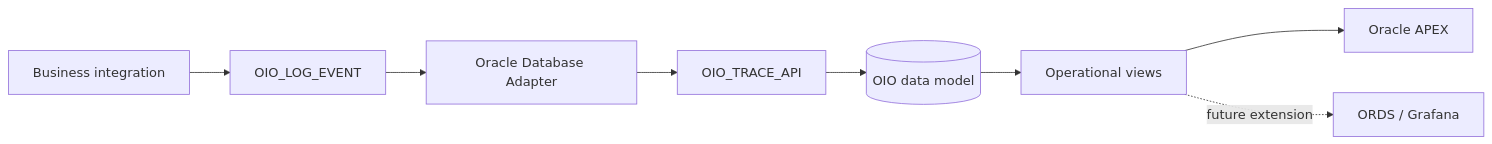
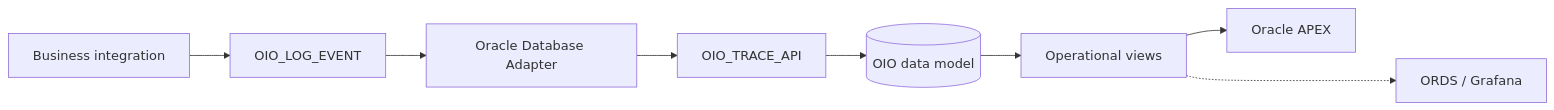
Before and after one commit to lucianosilva/oracle-integration-observability: the diagram in README.md, drawn with Mermaid. The commit also changed other lines of this file and 8 other files, not shown here.

````diff
--- a/README.md
+++ b/README.md
@@ -17,11 +17,11 @@
 ```mermaid
 flowchart LR
     A[Business integration] --> B[OIO_LOG_EVENT]
     B --> C[Oracle Database Adapter]
     C --> D[OIO_TRACE_API]
 
     D --> E[(OIO data model)]
     E --> F[Operational views]
     F --> G[Oracle APEX]
-    F -. future extension .-> H[ORDS / Grafana]
+    F -..-> H[ORDS / Grafana]
 ```
````
